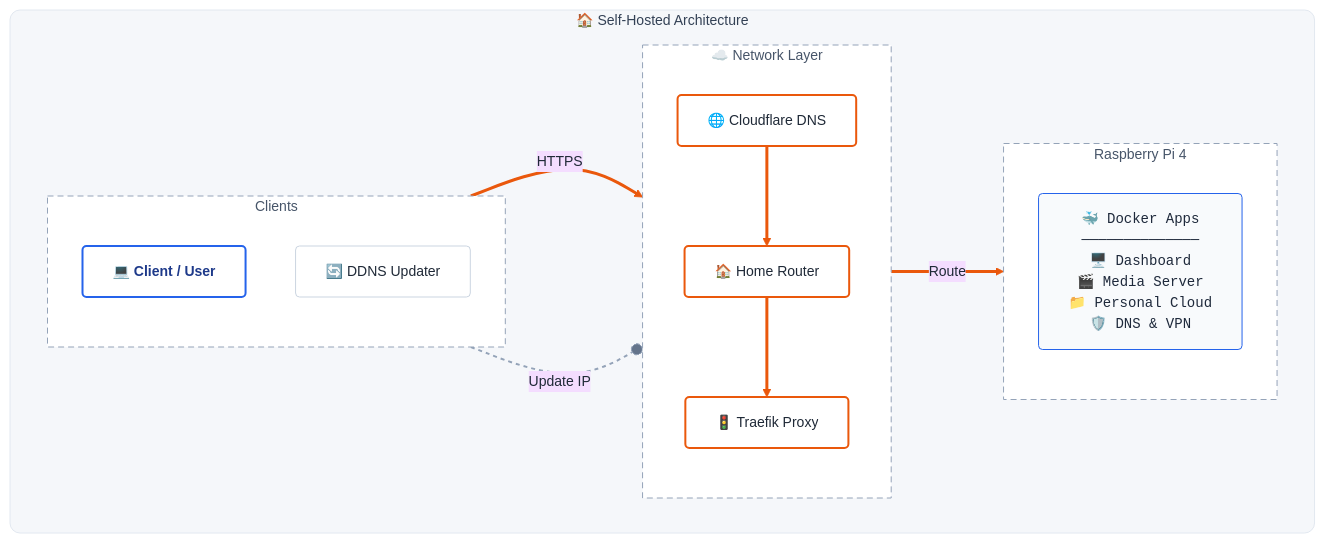
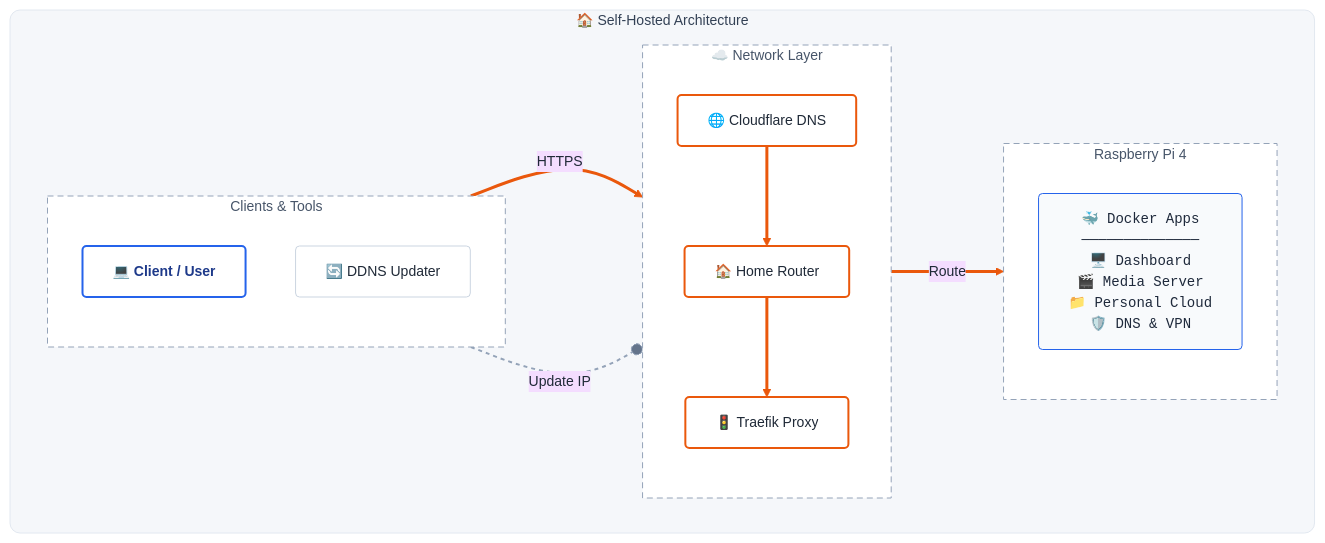
The diagram in README.md (charan-altro/self-host-lab), drawn with Mermaid before and after one commit.

````diff
--- a/README.md
+++ b/README.md
@@ -10,79 +10,80 @@
 ```mermaid
 %%{init: {
   'theme': 'base',
   'themeVariables': {
     'background': '#F5F7FA',
     'primaryTextColor': '#1F2937',
     'lineColor': '#64748B',
     'fontSize': '14px'
   }
 }}%%
 flowchart LR
     %% --- STYLE DEFINITIONS ---
     classDef base fill:#FFFFFF,stroke:#CBD5E1,stroke-width:1px,color:#1F2937,rx:4,ry:4,shadow:true
     classDef client fill:#FFFFFF,stroke:#2563EB,stroke-width:2px,color:#1E3A8A,rx:4,ry:4,font-weight:bold,shadow:true
     classDef transit fill:#FFFFFF,stroke:#EA580C,stroke-width:2px,color:#1F2937,rx:4,ry:4,shadow:true
     classDef appStack fill:#F8FAFC,stroke:#2563EB,stroke-width:1px,color:#1E293B,rx:4,ry:4,align:left,font-family:monospace
 
     %% --- CONTAINER STYLING ---
     classDef masterZone fill:#F5F7FA,stroke:#E2E8F0,stroke-width:1px,rx:10,ry:10,color:#334155
     classDef innerZone fill:#FFFFFF,stroke:#94A3B8,stroke-width:1px,stroke-dasharray: 6 4,color:#475569
 
     %% --- DIAGRAM CONTENT ---
 
     subgraph HomeLab ["🏠 Self-Hosted Architecture"]
         direction LR
 
-        %% 1. LEFT: Inputs
-        subgraph Inputs ["Clients"]
+        %% 1. LEFT SIDE: User & DDNS
+        subgraph Inputs ["Clients & Tools"]
             direction TB
             User["💻 Client / User"]:::client
             DDNS["🔄 DDNS Updater"]:::base
         end
 
-        %% 2. MIDDLE: Network Stack (Forced Vertical)
+        %% 2. MIDDLE: Network Stack (Using YOUR Logic)
         subgraph Network ["☁️ Network Layer"]
             direction TB
-            %% We define the nodes here to group them strictly
+            %% Define Nodes
             DNS["🌐 Cloudflare DNS"]:::transit
             Router["🏠 Home Router"]:::transit
             Traefik["🚦 Traefik Proxy"]:::transit
             
-            %% Force the vertical connection INSIDE the subgraph
+            %% STRICT VERTICAL ARROWS INSIDE THE SUBGRAPH
             DNS ==> Router ==> Traefik
         end
 
-        %% 3. RIGHT: Server
+        %% 3. RIGHT SIDE: Server
         subgraph Server ["Raspberry Pi 4"]
             direction TB
             Docker["🐳 Docker Apps
             ──────────────
             🖥️ Dashboard
             🎬 Media Server
             📁 Personal Cloud
             🛡️ DNS & VPN"]:::appStack
         end
     end
 
-    %% --- EXTERNAL CONNECTIONS ---
-    %% Connecting the layers together
+    %% --- EXTERNAL CONNECTIONS (Entering and Leaving the Stack) ---
+    
+    %% User enters the Top of the stack
     User ==>|"HTTPS"| DNS
+    
+    %% Traefik (Bottom of stack) leaves to the Server
     Traefik ==>|"Route"| Docker
 
-    %% Maintenance Path
+    %% DDNS updates the Top of the stack
     DDNS -.-o|"Update IP"| DNS
 
     %% --- APPLY STYLES ---
     class HomeLab masterZone
     class Inputs,Network,Server innerZone
 
     %% Link Styling
-    %% 0,1 are the vertical internal links (DNS->Router->Traefik)
+    %% 0 & 1 are the Vertical Links (DNS->Router->Traefik)
     linkStyle 0,1 stroke:#EA580C,stroke-width:3px,fill:none
-    
-    %% 2 is User->DNS, 3 is Traefik->Docker
+    %% 2 & 3 are the External Links (User->DNS, Traefik->Docker)
     linkStyle 2,3 stroke:#EA580C,stroke-width:3px,fill:none
-    
     %% 4 is DDNS
     linkStyle 4 stroke:#94A3B8,stroke-width:2px,stroke-dasharray: 4 4
 ```
````
